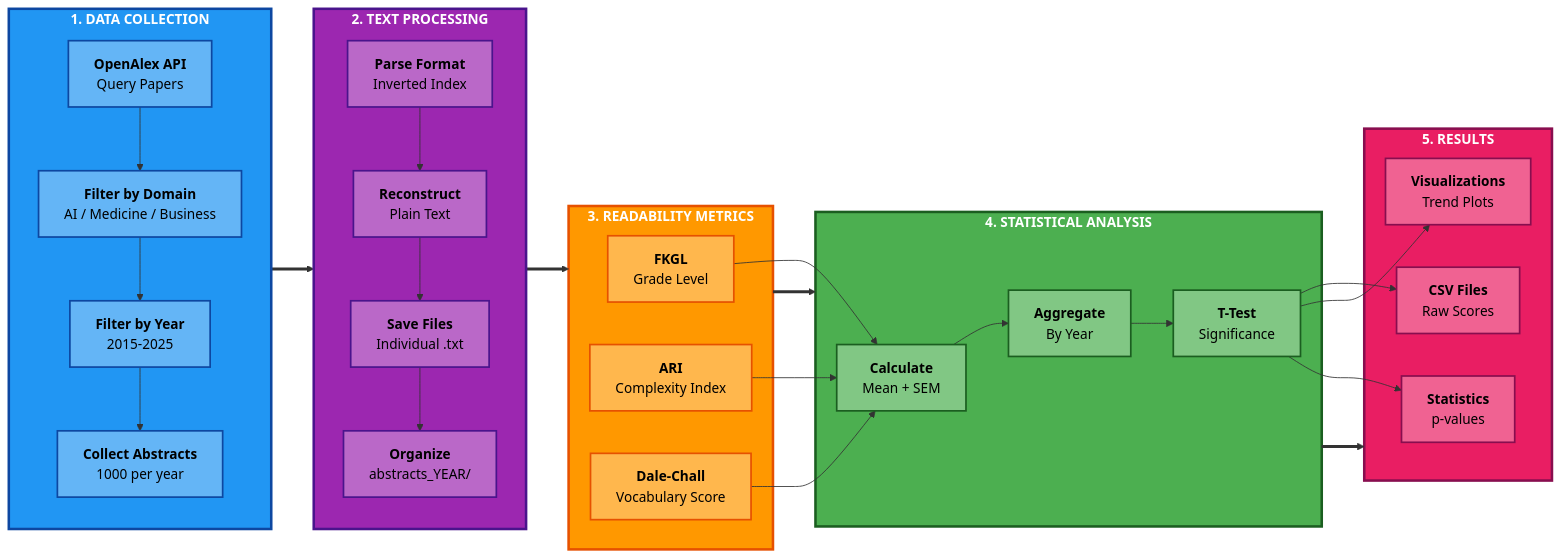
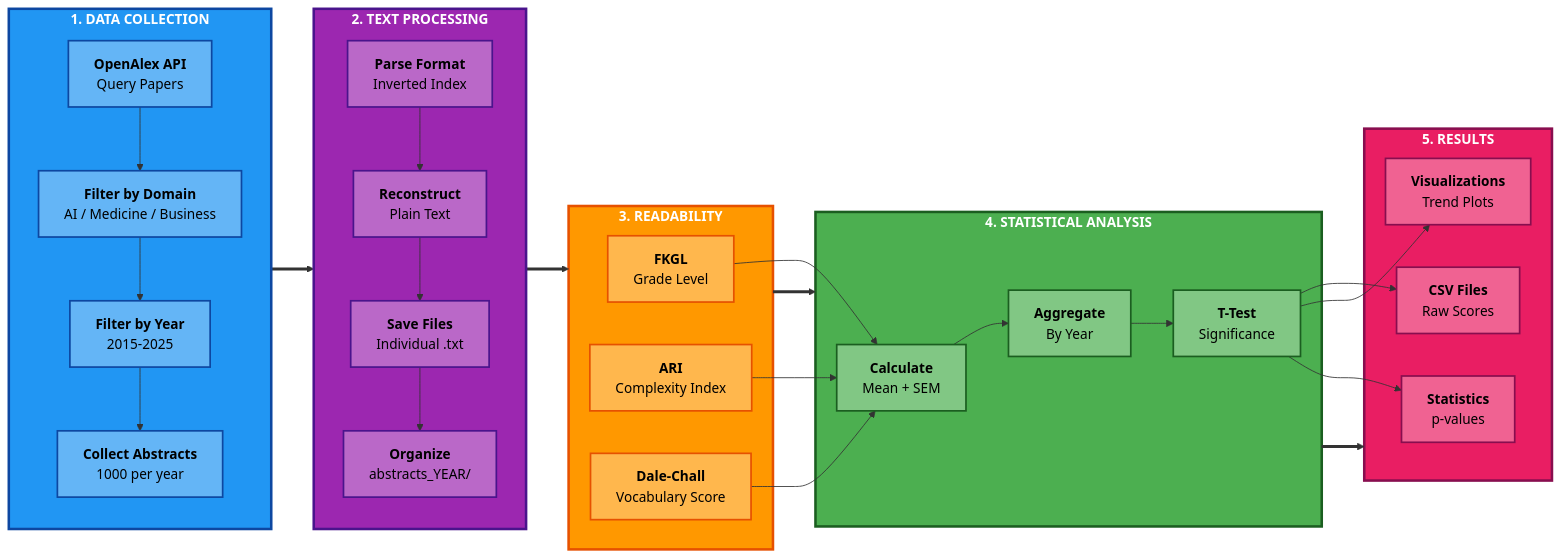
One commit to lydiakrifka/llm-readability-scientific-abstract changed the diagram in methodology_flowchart.md. Above: the diagram before and after it, drawn with Mermaid.

Commit message:
Update flowchart with manual edits

```diff
--- a/methodology_flowchart.md
+++ b/methodology_flowchart.md
@@ -6,80 +6,80 @@
         A3["<b>Filter by Year</b><br/>2015-2025"]
         A4["<b>Collect Abstracts</b><br/>1000 per year"]
     end
-    
+
     subgraph Step2["<b>2. TEXT PROCESSING</b>"]
         B1["<b>Parse Format</b><br/>Inverted Index"]
         B2["<b>Reconstruct</b><br/>Plain Text"]
         B3["<b>Save Files</b><br/>Individual .txt"]
         B4["<b>Organize</b><br/>abstracts_YEAR/"]
     end
-    
-    subgraph Step3["<b>3. READABILITY METRICS</b>"]
+
+    subgraph Step3["<b>3. READABILITY</b>"]
         C1["<b>FKGL</b><br/>Grade Level"]
         C2["<b>ARI</b><br/>Complexity Index"]
         C3["<b>Dale-Chall</b><br/>Vocabulary Score"]
     end
-    
+
     subgraph Step4["<b>4. STATISTICAL ANALYSIS</b>"]
         D1["<b>Calculate</b><br/>Mean + SEM"]
         D2["<b>Aggregate</b><br/>By Year"]
         D3["<b>T-Test</b><br/>Significance"]
     end
-    
+
     subgraph Step5["<b>5. RESULTS</b>"]
         E1["<b>CSV Files</b><br/>Raw Scores"]
         E2["<b>Visualizations</b><br/>Trend Plots"]
         E3["<b>Statistics</b><br/>p-values"]
     end
-    
+
     Step1 ==> Step2
     Step2 ==> Step3
     Step3 ==> Step4
     Step4 ==> Step5
-    
+
     A1 --> A2
     A2 --> A3
     A3 --> A4
-    
+
     B1 --> B2
     B2 --> B3
     B3 --> B4
-    
+
     C1 --> D1
     C2 --> D1
     C3 --> D1
-    
+
     D1 --> D2
     D2 --> D3
-    
+
     D3 --> E1
     D3 --> E2
     D3 --> E3
-    
+
     style Step1 fill:#2196F3,stroke:#0D47A1,stroke-width:3px,color:#fff
     style Step2 fill:#9C27B0,stroke:#4A148C,stroke-width:3px,color:#fff
     style Step3 fill:#FF9800,stroke:#E65100,stroke-width:3px,color:#fff
     style Step4 fill:#4CAF50,stroke:#1B5E20,stroke-width:3px,color:#fff
     style Step5 fill:#E91E63,stroke:#880E4F,stroke-width:3px,color:#fff
-    
+
     style A1 fill:#64B5F6,stroke:#0D47A1,stroke-width:2px,color:#000
     style A2 fill:#64B5F6,stroke:#0D47A1,stroke-width:2px,color:#000
     style A3 fill:#64B5F6,stroke:#0D47A1,stroke-width:2px,color:#000
     style A4 fill:#64B5F6,stroke:#0D47A1,stroke-width:2px,color:#000
-    
+
     style B1 fill:#BA68C8,stroke:#4A148C,stroke-width:2px,color:#000
     style B2 fill:#BA68C8,stroke:#4A148C,stroke-width:2px,color:#000
     style B3 fill:#BA68C8,stroke:#4A148C,stroke-width:2px,color:#000
     style B4 fill:#BA68C8,stroke:#4A148C,stroke-width:2px,color:#000
-    
+
     style C1 fill:#FFB74D,stroke:#E65100,stroke-width:2px,color:#000
     style C2 fill:#FFB74D,stroke:#E65100,stroke-width:2px,color:#000
     style C3 fill:#FFB74D,stroke:#E65100,stroke-width:2px,color:#000
-    
+
     style D1 fill:#81C784,stroke:#1B5E20,stroke-width:2px,color:#000
     style D2 fill:#81C784,stroke:#1B5E20,stroke-width:2px,color:#000
     style D3 fill:#81C784,stroke:#1B5E20,stroke-width:2px,color:#000
-    
+
     style E1 fill:#F06292,stroke:#880E4F,stroke-width:2px,color:#000
     style E2 fill:#F06292,stroke:#880E4F,stroke-width:2px,color:#000
     style E3 fill:#F06292,stroke:#880E4F,stroke-width:2px,color:#000
```
